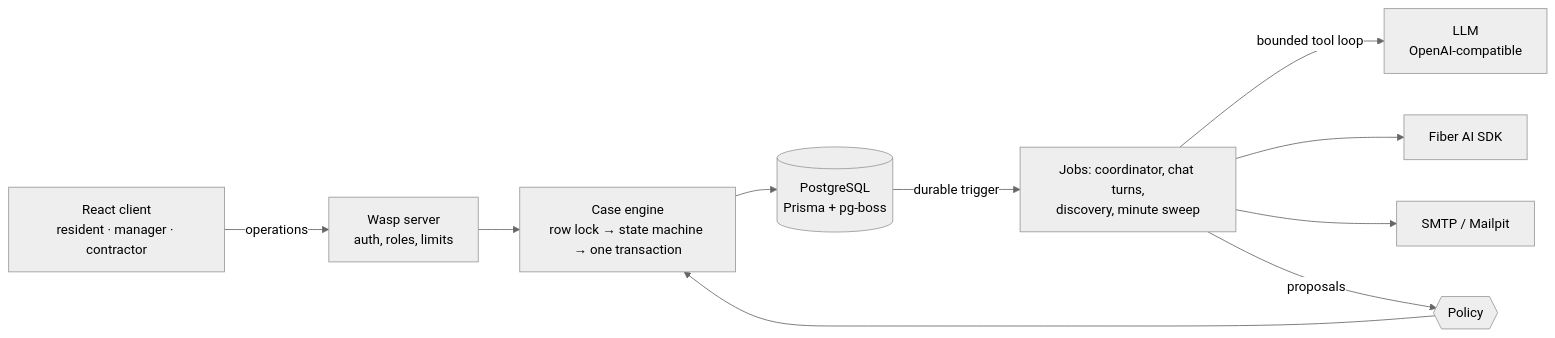
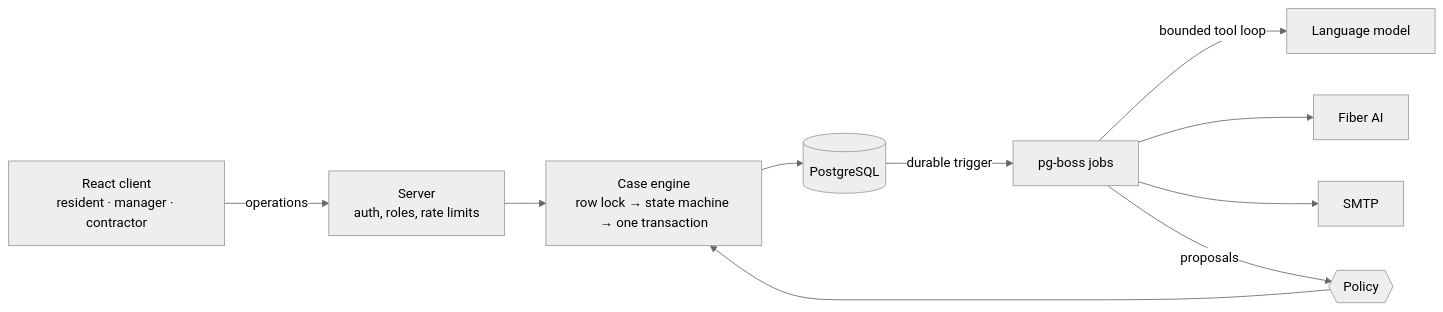
Before and after one commit to elaineh16/yc-hackathon: the second of 2 diagrams in README.md, drawn with Mermaid (neutral theme). The commit also changed other lines of this file and 63 other files, not shown here.

````diff
--- a/README.md
+++ b/README.md
@@ -69,11 +118,11 @@
 ```mermaid
 flowchart LR
-  UI[React client<br/>resident · manager · contractor] -->|operations| S[Wasp server<br/>auth, roles, limits]
+  UI[React client<br/>resident · manager · contractor] -->|operations| S[Server<br/>auth, roles, rate limits]
   S --> E[Case engine<br/>row lock → state machine → one transaction]
-  E --> DB[(PostgreSQL<br/>Prisma + pg-boss)]
-  DB -->|durable trigger| J[Jobs: coordinator, chat turns,<br/>discovery, minute sweep]
-  J -->|bounded tool loop| LLM[LLM<br/>OpenAI-compatible]
-  J --> F[Fiber AI SDK]
-  J --> M[SMTP / Mailpit]
-  J -->|proposals| P{{Policy}} --> E
+  E --> DB[(PostgreSQL)]
+  DB -->|durable trigger| J[pg-boss jobs]
+  J -->|bounded tool loop| LLM[Language model]
+  J --> FB[Fiber AI]
+  J --> ML[SMTP]
+  J -->|proposals| PO{{Policy}} --> E
 ```
````
